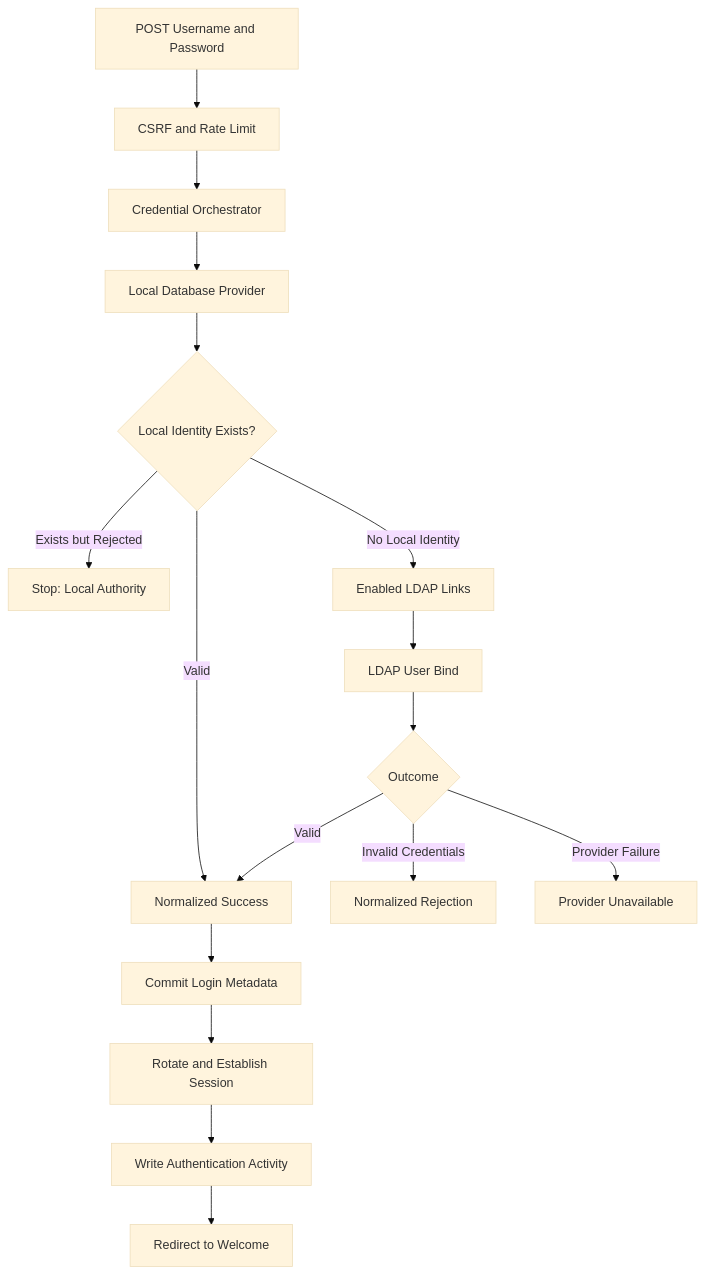
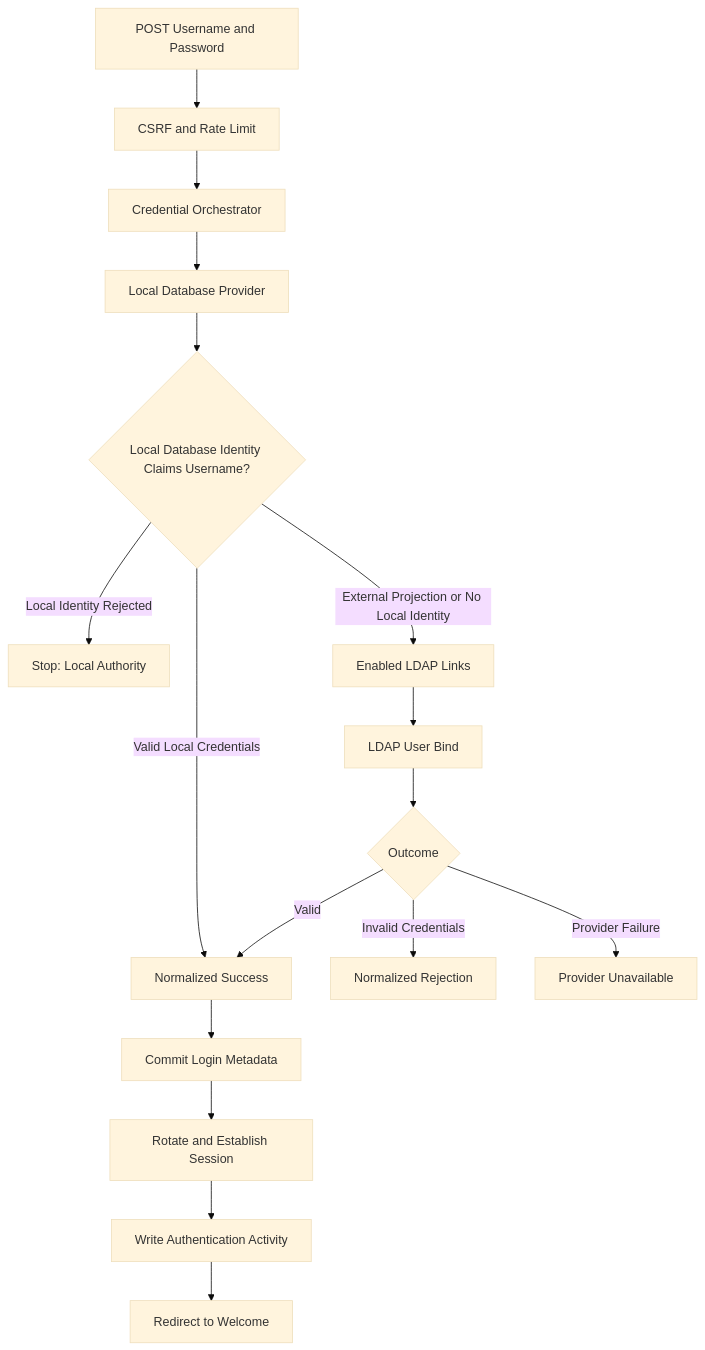
Before and after one commit to OXY7O/KAORI: the first of 2 diagrams in docs/authentication/AUTHENTICATION_FLOWS.md, drawn with Mermaid (base theme). The commit also changed other lines of this file, not shown here.

Commit message:
docs(auth): clarify externally projected user credential dispatch (#2957)

````diff
--- a/docs/authentication/AUTHENTICATION_FLOWS.md
+++ b/docs/authentication/AUTHENTICATION_FLOWS.md
@@ -5,19 +5,19 @@
 ```mermaid
 flowchart TD
     A[POST Username and Password] --> B[CSRF and Rate Limit]
     B --> C[Credential Orchestrator]
     C --> D[Local Database Provider]
-    D --> E{Local Identity Exists?}
-    E -- Valid --> F[Normalized Success]
-    E -- Exists but Rejected --> G[Stop: Local Authority]
-    E -- No Local Identity --> H[Enabled LDAP Links]
+    D --> E{Local Database Identity Claims Username?}
+    E -- Valid Local Credentials --> F[Normalized Success]
+    E -- Local Identity Rejected --> G[Stop: Local Authority]
+    E -- External Projection or No Local Identity --> H[Enabled LDAP Links]
     H --> I[LDAP User Bind]
     I --> J{Outcome}
     J -- Valid --> F
     J -- Invalid Credentials --> K[Normalized Rejection]
     J -- Provider Failure --> L[Provider Unavailable]
     F --> M[Commit Login Metadata]
     M --> N[Rotate and Establish Session]
     N --> O[Write Authentication Activity]
     O --> P[Redirect to Welcome]
 ```
````
